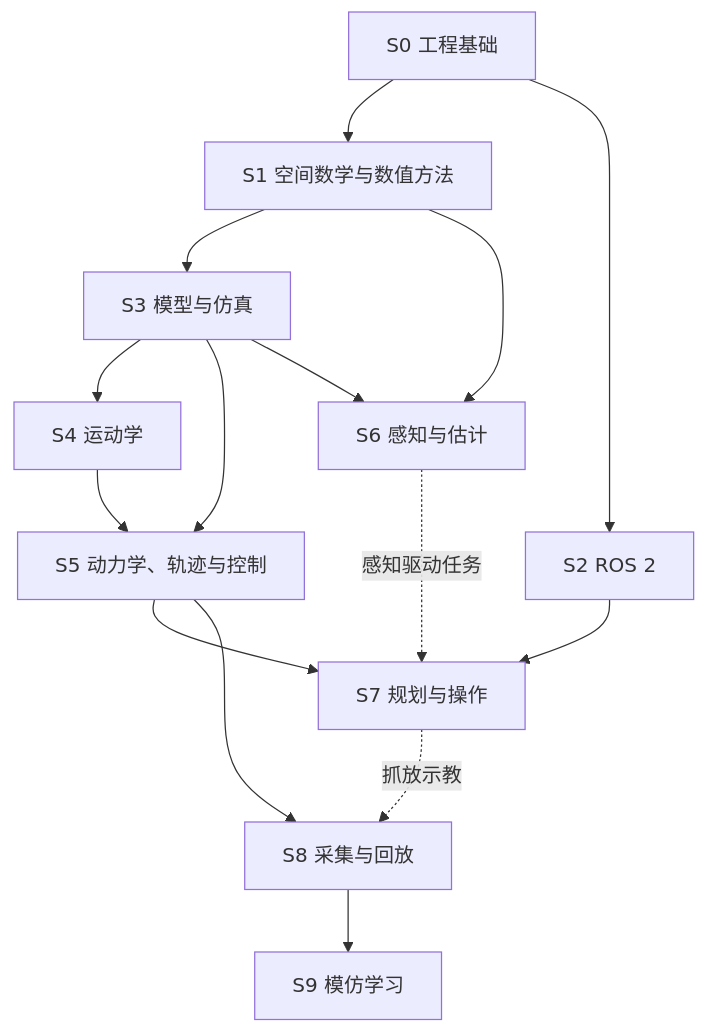
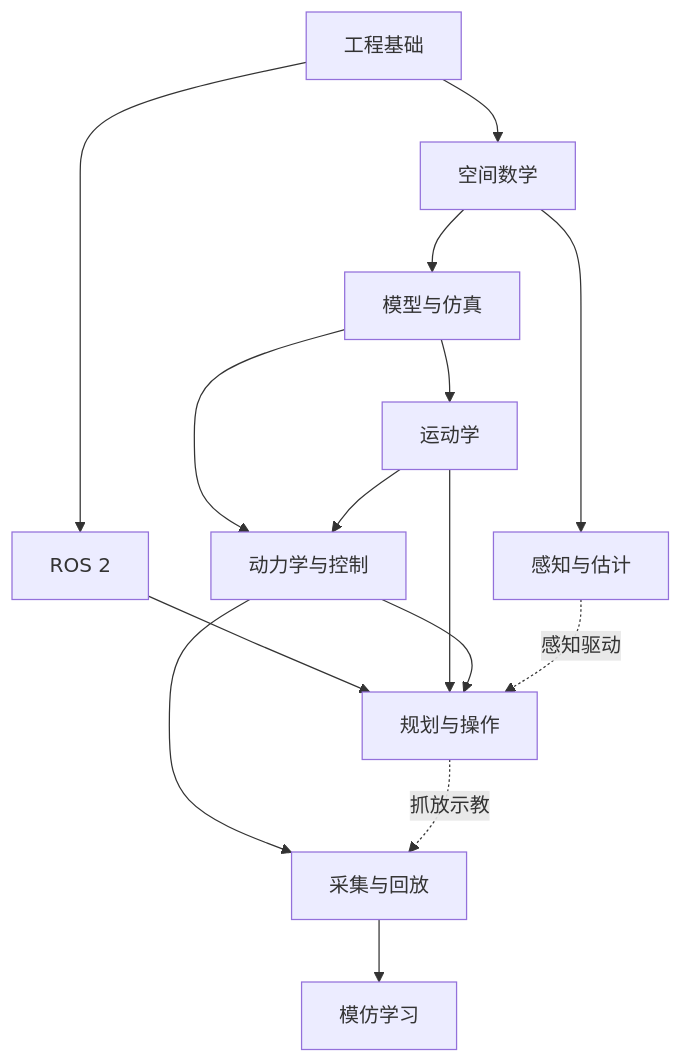
The diagram in doc/learning-roadmap.md (Ace-XiaoChuan/robotics-from-zero-tutorial), drawn with Mermaid before and after one commit. The commit also changed other lines of this file and 145 other files, not shown here.

````diff
--- a/doc/learning-roadmap.md
+++ b/doc/learning-roadmap.md
@@ -78,19 +25,17 @@
 ```mermaid
-
 flowchart TD
-    S0["S0 工程基础"] --> S1["S1 空间数学与数值方法"]
-    S0 --> S2["S2 ROS 2"]
-    S1 --> S3["S3 模型与仿真"]
-    S3 --> S4["S4 运动学"]
-    S3 --> S5["S5 动力学、轨迹与控制"]
+    S0[工程基础] --> S1[空间数学]
+    S0 --> S2[ROS 2]
+    S1 --> S3[模型与仿真]
+    S3 --> S4[运动学]
+    S3 --> S5[动力学与控制]
     S4 --> S5
-    S1 --> S6["S6 感知与估计"]
-    S3 --> S6
-    S2 --> S7["S7 规划与操作"]
+    S1 --> S6[感知与估计]
+    S2 --> S7[规划与操作]
+    S4 --> S7
     S5 --> S7
-    S6 -.->|感知驱动任务| S7
-    S5 --> S8["S8 采集与回放"]
-    S7 -.->|抓放示教| S8
-    S8 --> S9["S9 模仿学习"]
-
+    S6 -.感知驱动.-> S7
+    S5 --> S8[采集与回放]
+    S7 -.抓放示教.-> S8
+    S8 --> S9[模仿学习]
 ```
````
